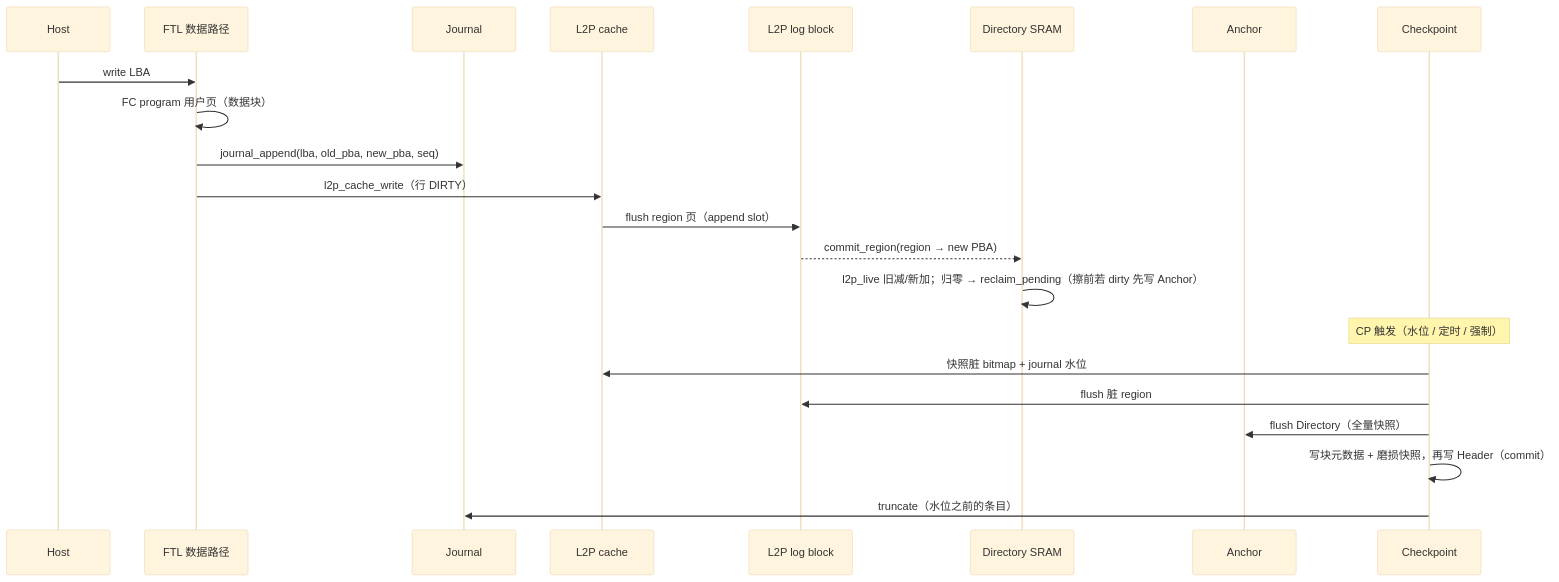
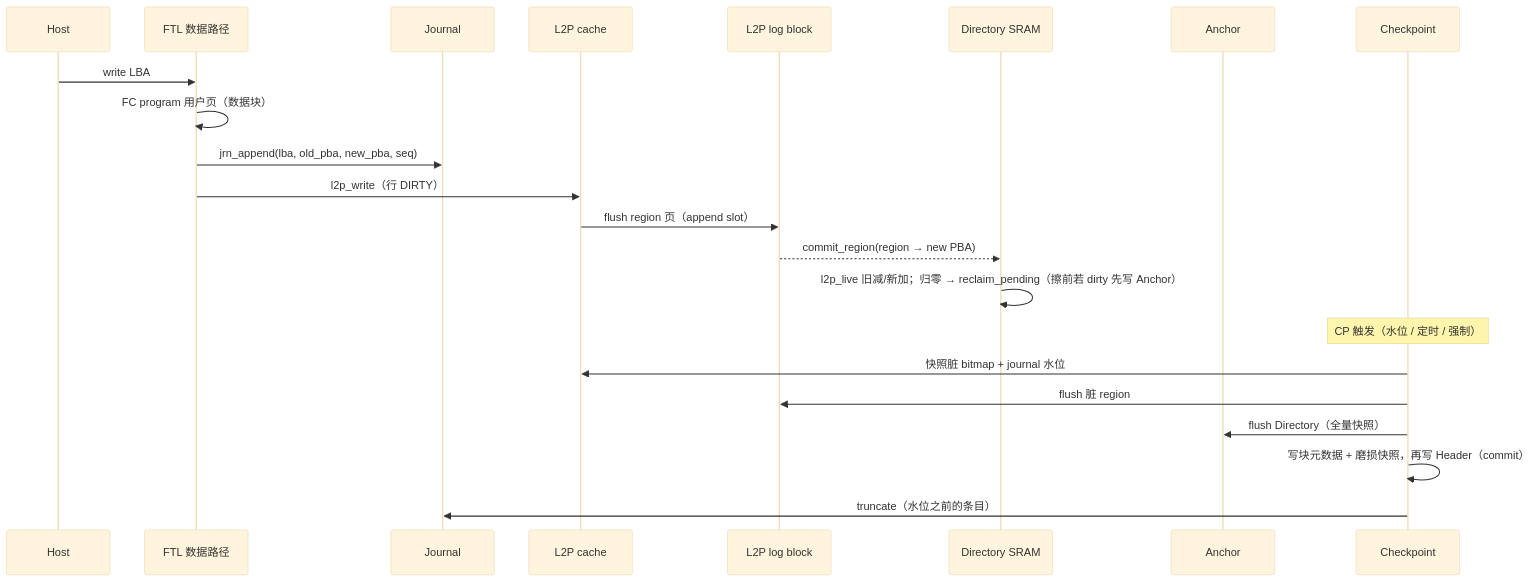
Before and after one commit to YzYMIAO/BASESSD: the fourth of 32 diagrams in docs/design/ftl_design.md, drawn with Mermaid (base theme). The commit also changed other lines of this file and 48 other files, not shown here.

````diff
--- a/docs/design/ftl_design.md
+++ b/docs/design/ftl_design.md
@@ -895,24 +895,24 @@
 ```mermaid
 sequenceDiagram
     participant H as Host
     participant F as FTL 数据路径
     participant J as Journal
     participant L as L2P cache
     participant LB as L2P log block
     participant D as Directory SRAM
     participant A as Anchor
     participant C as Checkpoint
     H->>F: write LBA
     F->>F: FC program 用户页（数据块）
-    F->>J: journal_append(lba, old_pba, new_pba, seq)
-    F->>L: l2p_cache_write（行 DIRTY）
+    F->>J: jrn_append(lba, old_pba, new_pba, seq)
+    F->>L: l2p_write（行 DIRTY）
     L->>LB: flush region 页（append slot）
     LB-->>D: commit_region(region → new PBA)
     D->>D: l2p_live 旧减/新加；归零 → reclaim_pending（擦前若 dirty 先写 Anchor）
     Note over C: CP 触发（水位 / 定时 / 强制）
     C->>L: 快照脏 bitmap + journal 水位
     C->>LB: flush 脏 region
     C->>A: flush Directory（全量快照）
     C->>C: 写块元数据 + 磨损快照，再写 Header（commit）
     C->>J: truncate（水位之前的条目）
 ```
````
